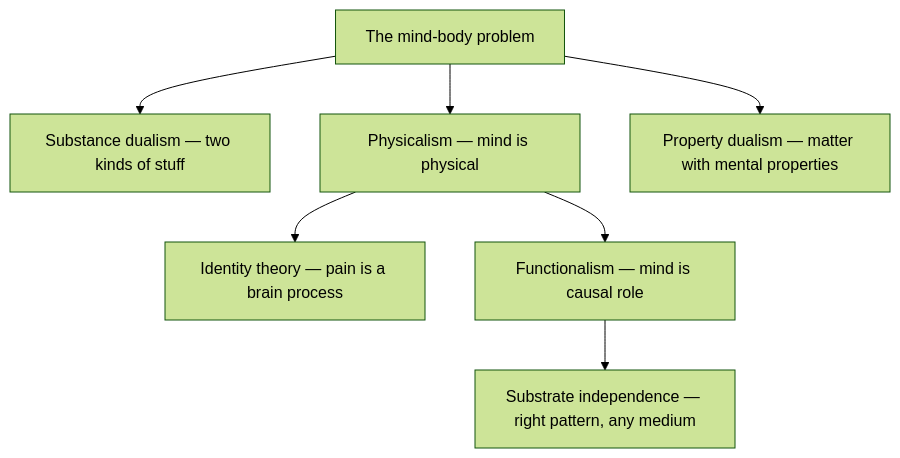
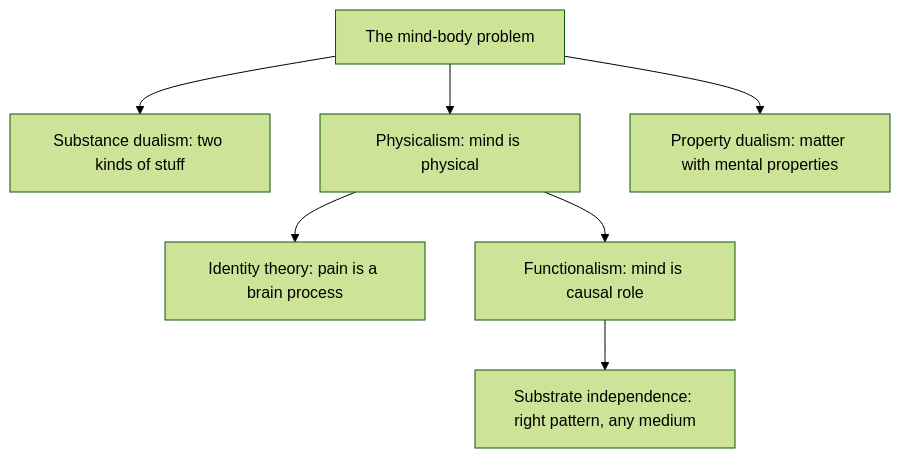
The diagram in data/knowledge/philosophy/philosophy-of-mind.md (kennethreitz/kennethreitz.org), drawn with Mermaid (forest theme) before and after one commit. The commit also changed other lines of this file and 879 other files, not shown here.

````diff
--- a/data/knowledge/philosophy/philosophy-of-mind.md
+++ b/data/knowledge/philosophy/philosophy-of-mind.md
@@ -25,10 +25,10 @@
 ```mermaid
 flowchart TD
     MB["The mind-body problem"]
-    MB --> SD["Substance dualism — two kinds of stuff"]
-    MB --> PH["Physicalism — mind is physical"]
-    MB --> PD["Property dualism — matter with mental properties"]
-    PH --> IT["Identity theory — pain is a brain process"]
-    PH --> FN["Functionalism — mind is causal role"]
-    FN --> SI["Substrate independence — right pattern, any medium"]
+    MB --> SD["Substance dualism: two kinds of stuff"]
+    MB --> PH["Physicalism: mind is physical"]
+    MB --> PD["Property dualism: matter with mental properties"]
+    PH --> IT["Identity theory: pain is a brain process"]
+    PH --> FN["Functionalism: mind is causal role"]
+    FN --> SI["Substrate independence: right pattern, any medium"]
 ```
````
